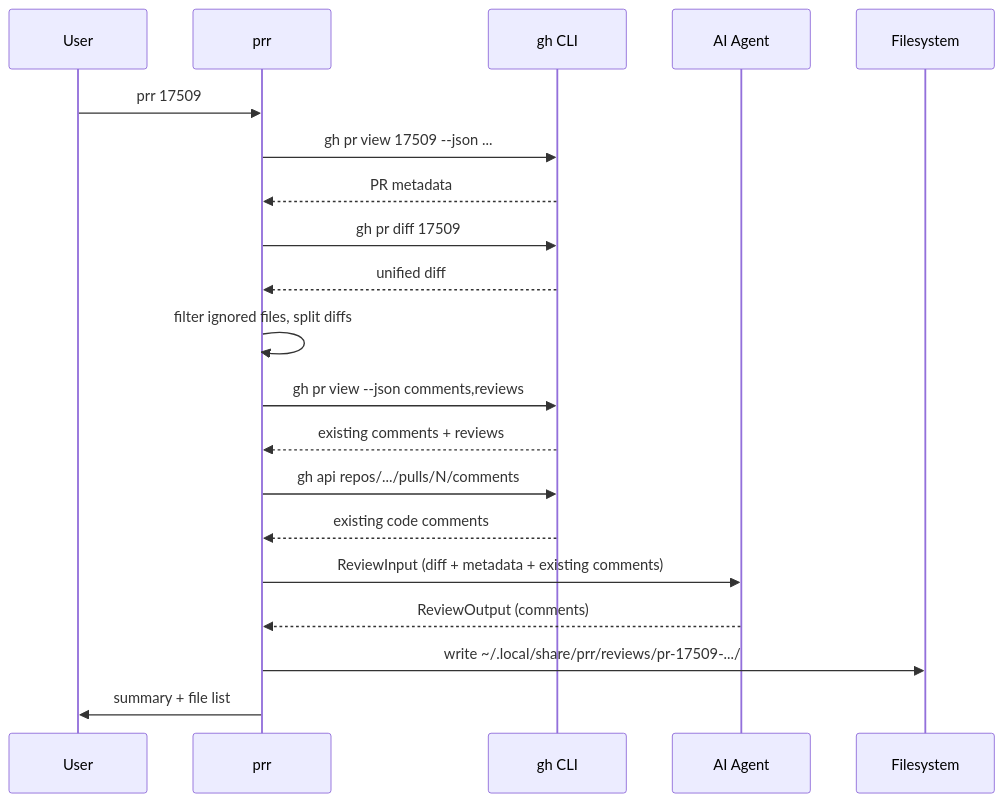
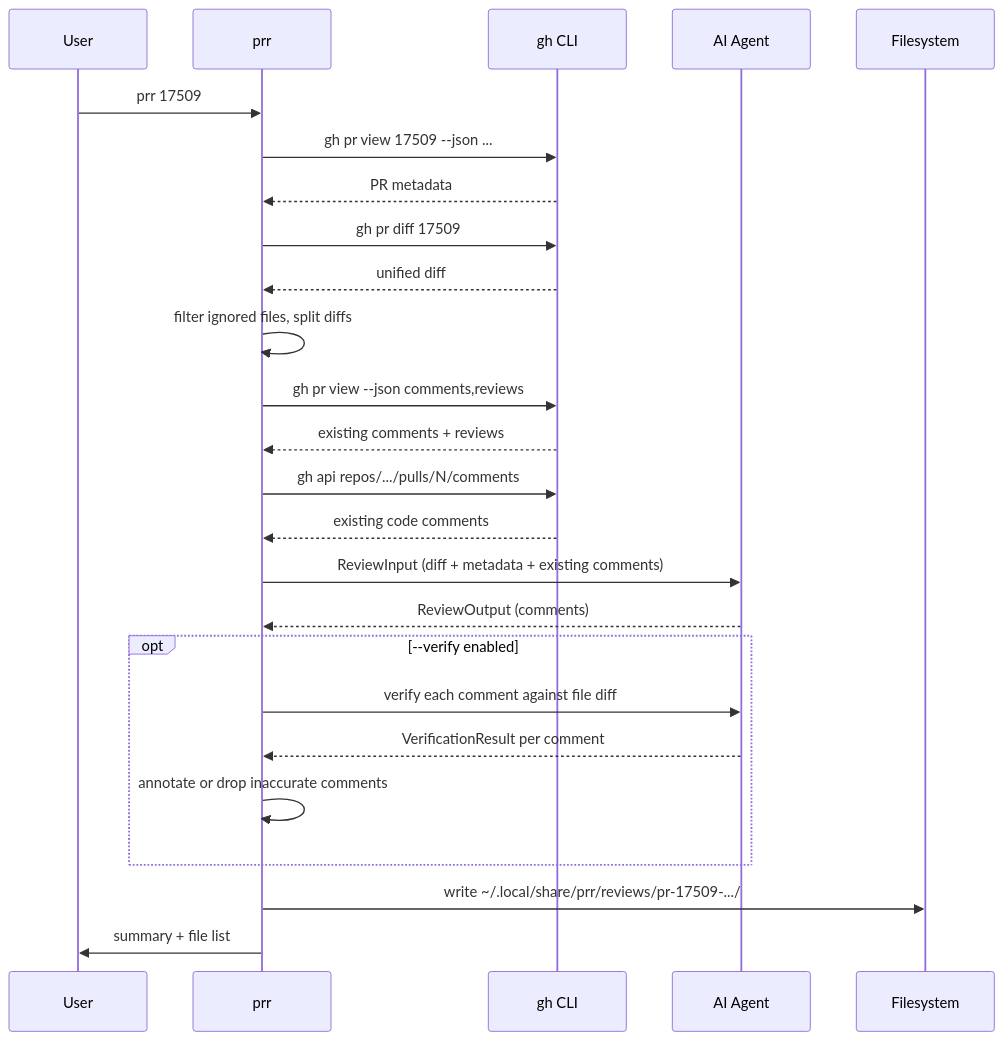
One commit to dotbrains/prr changed the second of 2 diagrams in SPEC.md. Above: the diagram before and after it, drawn with Mermaid. The commit also changed other lines of this file and 10 other files, not shown here.

First line of the commit message:
feat: add comment veracity verification via secondary AI pass

````diff
--- a/SPEC.md
+++ b/SPEC.md
@@ -828,23 +895,28 @@
 ```mermaid
 sequenceDiagram
     participant User
     participant CLI as prr
     participant GH as gh CLI
     participant Agent as AI Agent
     participant FS as Filesystem
 
     User->>CLI: prr 17509
     CLI->>GH: gh pr view 17509 --json ...
     GH-->>CLI: PR metadata
     CLI->>GH: gh pr diff 17509
     GH-->>CLI: unified diff
     CLI->>CLI: filter ignored files, split diffs
     CLI->>GH: gh pr view --json comments,reviews
     GH-->>CLI: existing comments + reviews
     CLI->>GH: gh api repos/.../pulls/N/comments
     GH-->>CLI: existing code comments
     CLI->>Agent: ReviewInput (diff + metadata + existing comments)
     Agent-->>CLI: ReviewOutput (comments)
+    opt --verify enabled
+        CLI->>Agent: verify each comment against file diff
+        Agent-->>CLI: VerificationResult per comment
+        CLI->>CLI: annotate or drop inaccurate comments
+    end
     CLI->>FS: write ~/.local/share/prr/reviews/pr-17509-.../
     CLI->>User: summary + file list
 ```
````
